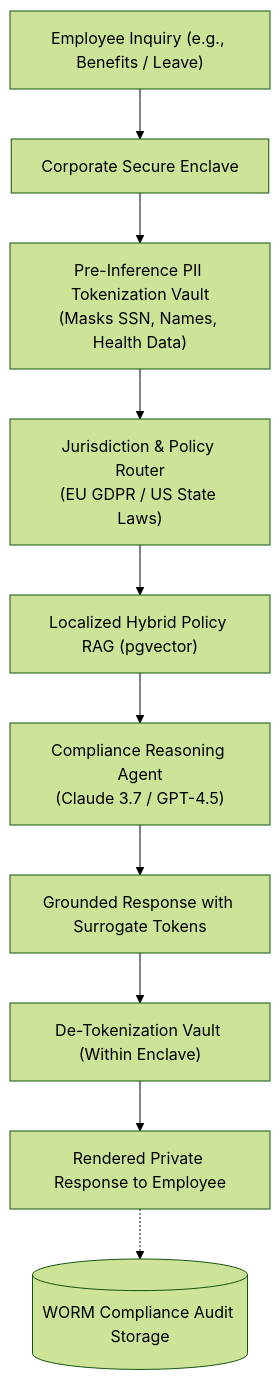
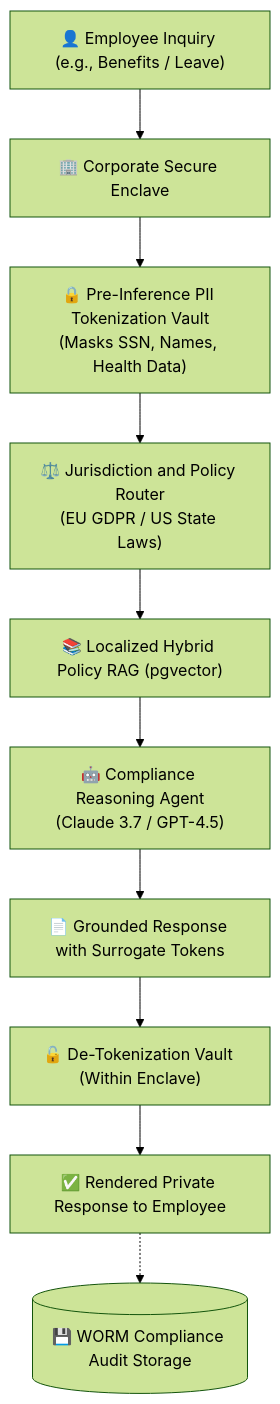
The tenth of 11 diagrams in architecture/enterprise-ai-system-designs.md (dip4k/senior-engineer-to-ai-engineer-roadmap), drawn with Mermaid (forest theme) before and after one commit. The commit also changed other lines of this file and 94 other files, not shown here.

Commit message:
refactor(curriculum): complete Phase 04 upgrade and enforce diagram renderer invariants

````diff
--- a/architecture/enterprise-ai-system-designs.md
+++ b/architecture/enterprise-ai-system-designs.md
@@ -500,16 +500,16 @@
 ```mermaid
 flowchart TD
-    Employee["Employee Inquiry (e.g., Benefits / Leave)"] --> Enclave["Corporate Secure Enclave"]
+    Employee["👤 Employee Inquiry (e.g., Benefits / Leave)"] --> Enclave["🏢 Corporate Secure Enclave"]
     
-    Enclave --> PII_Vault["Pre-Inference PII Tokenization Vault<br>(Masks SSN, Names, Health Data)"]
-    PII_Vault --> RegionRouter["Jurisdiction & Policy Router<br>(EU GDPR / US State Laws)"]
+    Enclave --> PII_Vault["🔒 Pre-Inference PII Tokenization Vault<br>(Masks SSN, Names, Health Data)"]
+    PII_Vault --> RegionRouter["⚖️ Jurisdiction and Policy Router<br>(EU GDPR / US State Laws)"]
     
-    RegionRouter --> RAG["Localized Hybrid Policy RAG (pgvector)"]
-    RAG --> Agent["Compliance Reasoning Agent<br>(Claude 3.7 / GPT-4.5)"]
+    RegionRouter --> RAG["📚 Localized Hybrid Policy RAG (pgvector)"]
+    RAG --> Agent["🤖 Compliance Reasoning Agent<br>(Claude 3.7 / GPT-4.5)"]
     
-    Agent --> RawResponse["Grounded Response with Surrogate Tokens"]
-    RawResponse --> DeToken["De-Tokenization Vault (Within Enclave)"]
+    Agent --> RawResponse["📄 Grounded Response with Surrogate Tokens"]
+    RawResponse --> DeToken["🔓 De-Tokenization Vault (Within Enclave)"]
     
-    DeToken --> CleanResponse["Rendered Private Response to Employee"]
-    CleanResponse -.-> WORMAudit[("WORM Compliance Audit Storage")]
+    DeToken --> CleanResponse["✅ Rendered Private Response to Employee"]
+    CleanResponse -.-> WORMAudit[("💾 WORM Compliance Audit Storage")]
 ```
````
